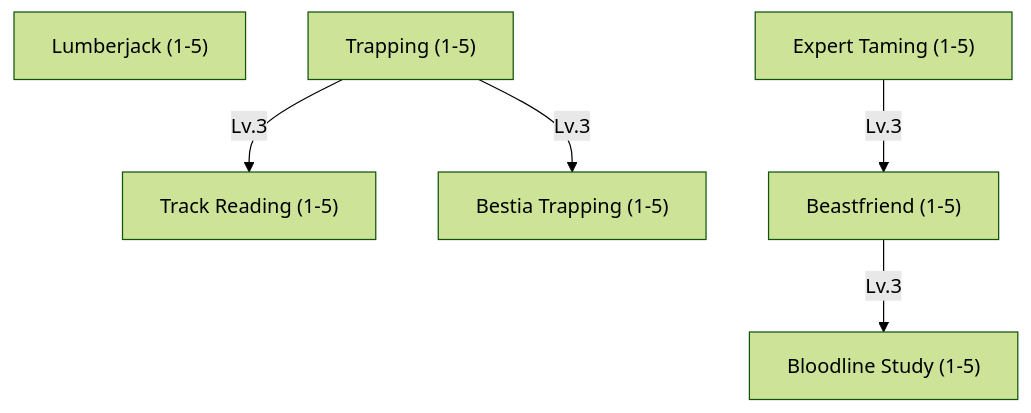
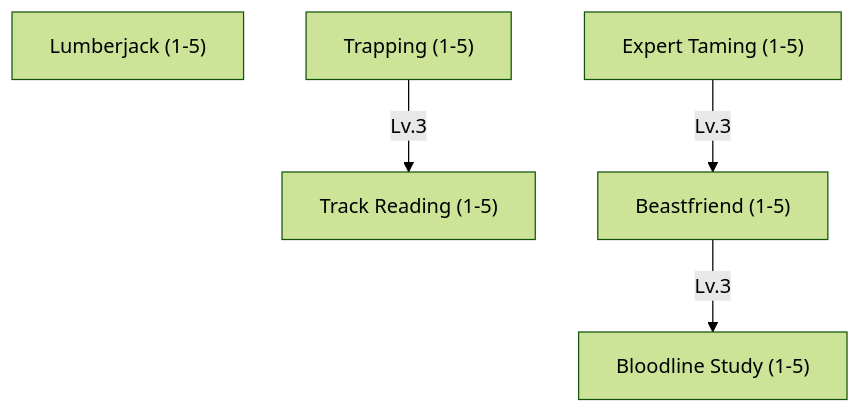
One commit to tfelix/bestia-docs changed the seventh of 16 diagrams in content/docs/mechanics/master.md. Above: the diagram before and after it, drawn with Mermaid (forest theme). The commit also changed other lines of this file and 1 other file, not shown here.

First line of the commit message:
Fold Bestia Trapping into a passive Trapping

````diff
--- a/content/docs/mechanics/master.md
+++ b/content/docs/mechanics/master.md
@@ -822,15 +822,13 @@
 ```mermaid
 graph TD
     Lumberjack["Lumberjack (1-5)"]
     Trapping["Trapping (1-5)"]
     TrackReading["Track Reading (1-5)"]
-    BestiaTrapping["Bestia Trapping (1-5)"]
     ExpertTaming["Expert Taming (1-5)"]
     Beastfriend["Beastfriend (1-5)"]
     BloodlineStudy["Bloodline Study (1-5)"]
 
-    Trapping -->|Lv.3| BestiaTrapping
     Trapping -->|Lv.3| TrackReading
     ExpertTaming -->|Lv.3| Beastfriend
     Beastfriend -->|Lv.3| BloodlineStudy
 ```
````
